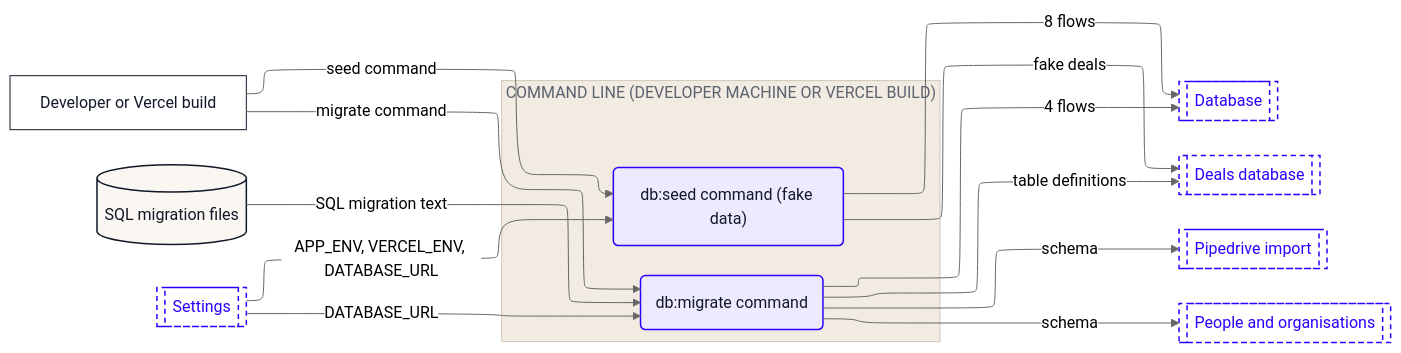
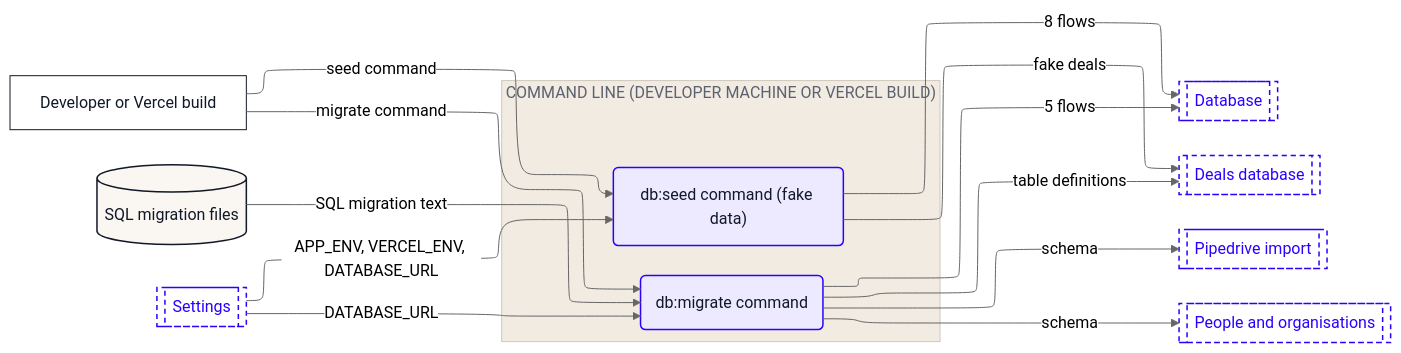
Before and after one commit to Romain-Perche/Barnacle-Pipe: the fourth of 13 diagrams in dataflow/DATAFLOW.md, drawn with Mermaid (neutral theme). The commit also changed other lines of this file and 7 other files, not shown here.

````diff
--- a/dataflow/DATAFLOW.md
+++ b/dataflow/DATAFLOW.md
@@ -280,40 +292,40 @@
 ```mermaid
 ---
 config:
   layout: elk
 ---
 flowchart LR
     n1["Developer or Vercel build"]
     n2[("SQL migration files")]
     subgraph z1["COMMAND LINE (DEVELOPER MACHINE OR VERCEL BUILD)"]
         n3("db:migrate command")
         n4("db:seed command (fake data)")
     end
     n5[["Database"]]
     n6[["Deals database"]]
     n7[["Pipedrive import"]]
     n8[["People and organisations"]]
     n9[["Settings"]]
     n1 -->|"migrate command"| n3
     n1 -->|"seed command"| n4
     n9 -->|"DATABASE_URL"| n3
     n9 -->|"APP_ENV, VERCEL_ENV, DATABASE_URL"| n4
-    n3 -->|"4 flows"| n5
+    n3 -->|"5 flows"| n5
     n3 -->|"table definitions"| n6
     n3 -->|"schema"| n8
     n3 -->|"schema"| n7
     n2 -->|"SQL migration text"| n3
     n4 -->|"8 flows"| n5
     n4 -->|"fake deals"| n6
     classDef actor fill:#FFFFFF,stroke:#111827,stroke-width:1px,color:#111827
     classDef process fill:#EDEAFF,stroke:#2B00FF,stroke-width:1.5px,color:#111827
     classDef store fill:#FAF6F1,stroke:#111827,stroke-width:1.5px,color:#111827
     classDef zone fill:#1A1A1A,stroke:#1A1A1A,color:#FFFFFF
     classDef group fill:#2B00FF,stroke:#2B00FF,color:#FFFFFF
     classDef stub fill:#FFFFFF,stroke:#2B00FF,stroke-width:1.5px,stroke-dasharray:5 4,color:#2B00FF
     class n1 actor
     class n3,n4 process
     class n2 store
     class n5,n6,n7,n8,n9 stub
     style z1 fill:#F1EBE2,stroke:#CFC7BB,color:#5D6270
 ```
````
